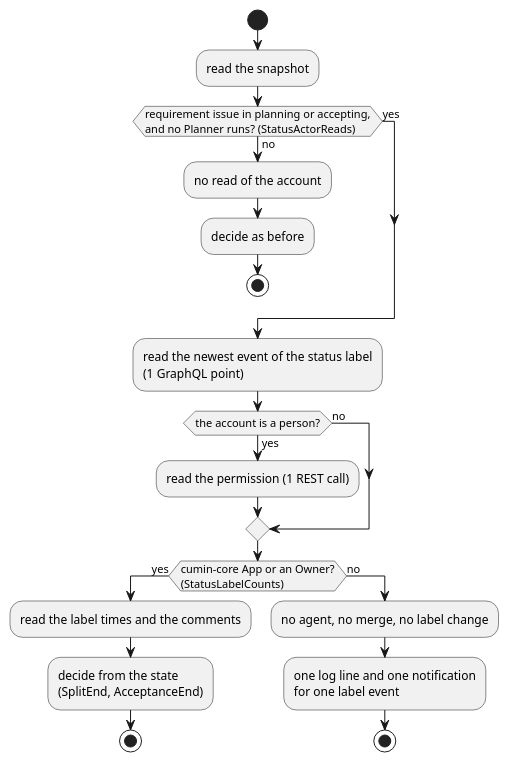
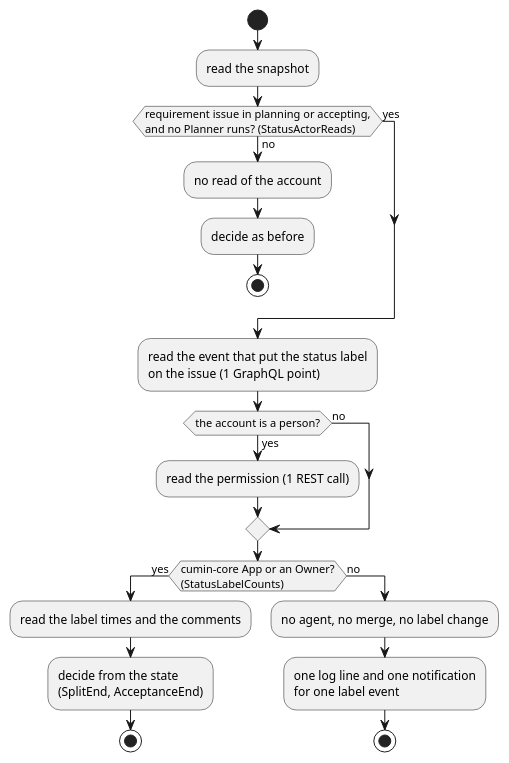
The diagram in docs/ja/designs/poll-status-actor.puml (cloveclovedev/cumin-works), drawn with PlantUML before and after one commit. The commit also changed 13 other files, not shown here.

First line of the commit message:
fix(github): take the event that put a label on the issue, not a repeated event (#554)

```diff
--- a/docs/ja/designs/poll-status-actor.puml
+++ b/docs/ja/designs/poll-status-actor.puml
@@ -1,30 +1,30 @@
 @startuml poll-status-actor
 ' cumin works - the check of the account that added a status label.
 ' Document: poll.md, section on the account of a status label.
 ' Render: run scripts/render-diagrams.sh at the root of the repository.
 skinparam shadowing false
 skinparam defaultFontName sans-serif
 
 start
 :read the snapshot;
 if (requirement issue in planning or accepting,\nand no Planner runs? (StatusActorReads)) then (no)
   :no read of the account;
   :decide as before;
   stop
 else (yes)
 endif
-:read the newest event of the status label\n(1 GraphQL point);
+:read the event that put the status label\non the issue (1 GraphQL point);
 if (the account is a person?) then (yes)
   :read the permission (1 REST call);
 else (no)
 endif
 if (cumin-core App or an Owner?\n(StatusLabelCounts)) then (yes)
   :read the label times and the comments;
   :decide from the state\n(SplitEnd, AcceptanceEnd);
   stop
 else (no)
   :no agent, no merge, no label change;
   :one log line and one notification\nfor one label event;
   stop
 endif
 @enduml
```
